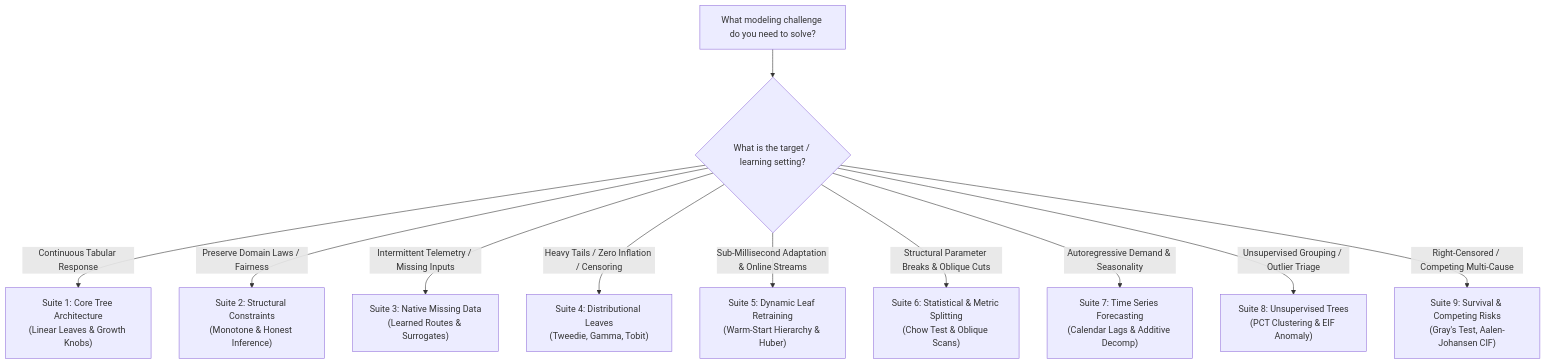
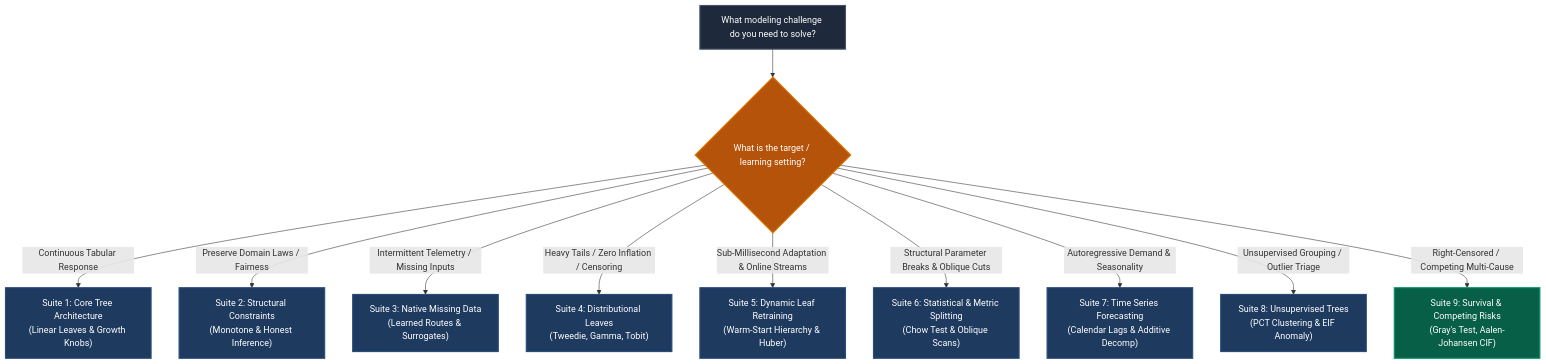
One commit to jkapila/mltreelib changed the diagram in docs/examples/index.md. Above: the diagram before and after it, drawn with Mermaid. The commit also changed 18 other files, not shown here.

Commit message:
docs: add native ModelTree graph, 5-leaf survival profiles, and color palette across all Mermaid diagrams

````diff
--- a/docs/examples/index.md
+++ b/docs/examples/index.md
@@ -114,14 +114,24 @@
 ```mermaid
 flowchart TD
     Start["What modeling challenge do you need to solve?"] --> Q1{"What is the target / learning setting?"}
     
     Q1 -- "Continuous Tabular Response" --> A1["Suite 1: Core Tree Architecture\n(Linear Leaves & Growth Knobs)"]
     Q1 -- "Preserve Domain Laws / Fairness" --> A2["Suite 2: Structural Constraints\n(Monotone & Honest Inference)"]
     Q1 -- "Intermittent Telemetry / Missing Inputs" --> A3["Suite 3: Native Missing Data\n(Learned Routes & Surrogates)"]
     Q1 -- "Heavy Tails / Zero Inflation / Censoring" --> A4["Suite 4: Distributional Leaves\n(Tweedie, Gamma, Tobit)"]
     Q1 -- "Sub-Millisecond Adaptation & Online Streams" --> A5["Suite 5: Dynamic Leaf Retraining\n(Warm-Start Hierarchy & Huber)"]
     Q1 -- "Structural Parameter Breaks & Oblique Cuts" --> A6["Suite 6: Statistical & Metric Splitting\n(Chow Test & Oblique Scans)"]
     Q1 -- "Autoregressive Demand & Seasonality" --> A7["Suite 7: Time Series Forecasting\n(Calendar Lags & Additive Decomp)"]
     Q1 -- "Unsupervised Grouping / Outlier Triage" --> A8["Suite 8: Unsupervised Trees\n(PCT Clustering & EIF Anomaly)"]
     Q1 -- "Right-Censored / Competing Multi-Cause" --> A9["Suite 9: Survival & Competing Risks\n(Gray's Test, Aalen-Johansen CIF)"]
+
+    classDef startBox fill:#1e293b,stroke:#475569,stroke-width:2px,color:#ffffff;
+    classDef gateBox fill:#b45309,stroke:#d97706,stroke-width:2px,color:#ffffff;
+    classDef suiteBox fill:#1e3a5f,stroke:#2b4c7e,stroke-width:2px,color:#ffffff;
+    classDef survBox fill:#065f46,stroke:#059669,stroke-width:2px,color:#ffffff;
+
+    class Start startBox;
+    class Q1 gateBox;
+    class A1,A2,A3,A4,A5,A6,A7,A8 suiteBox;
+    class A9 survBox;
 ```
````
